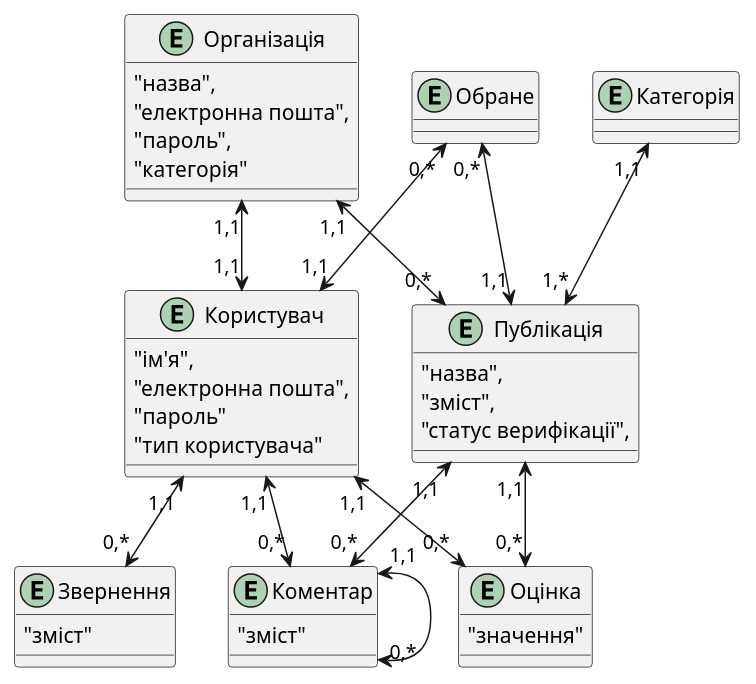
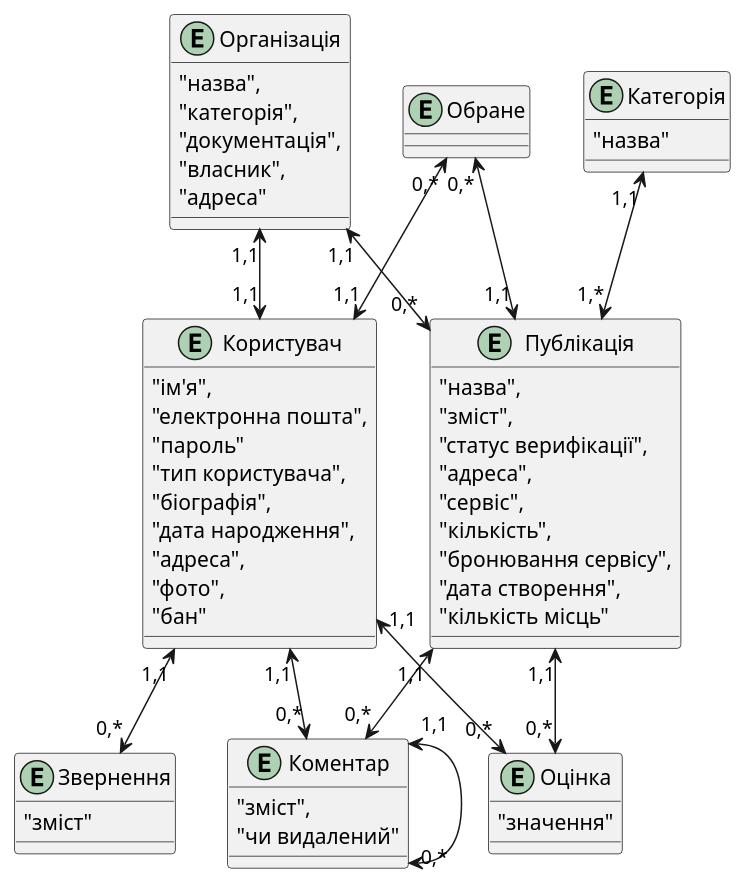
One commit to yehorbk/kpi-programming changed the diagram in ER-Model/Diagrams/stub-1.puml. Above: the diagram before and after it, drawn with PlantUML.

```diff
--- a/ER-Model/Diagrams/stub-1.puml
+++ b/ER-Model/Diagrams/stub-1.puml
@@ -1,52 +1,67 @@
 @startuml
 entity Користувач {
     "ім'я",
     "електронна пошта",
     "пароль"
-    "тип користувача"
+    "тип користувача",
+    "біографія",
+    "дата народження",
+    "адреса",
+    "фото",
+    "бан"
+
 }
 
 entity Оцінка {
     "значення"
 }
 entity Коментар {
-    "зміст"
+    "зміст",
+    "чи видалений"
 }
 entity Публікація {
     "назва",
     "зміст",
     "статус верифікації",
+    "адреса",
+    "сервіс",
+    "кількість",
+    "бронювання сервісу",
+    "дата створення",
+    "кількість місць"
 
 }
 
 entity Звернення {
     "зміст"
 }
 
 entity Обране {
 }
 
 entity Організація {
     "назва",
-    "електронна пошта",
-    "пароль",
-    "категорія"
+    "категорія",
+    "документація",
+    "власник",
+    "адреса"
 
 }
 
 entity Категорія {
+    "назва"
 
 }
 
 Організація "1,1"<-->"1,1" Користувач
 Категорія "1,1"<-->"1,*" Публікація
 Організація "1,1"<-->"0,*" Публікація
 Користувач "1,1"<-->"0,*" Коментар
 Публікація "1,1"<-->"0,*" Коментар
 Коментар "1,1"<-->"0,*" Коментар
 Користувач "1,1"<-->"0,*" Оцінка
 Публікація "1,1"<-->"0,*" Оцінка
 Обране "0,*"<-->"1,1" Користувач
 Обране "0,*"<-->"1,1" Публікація
 Користувач "1,1"<-->"0,*" Звернення
 @enduml
```
